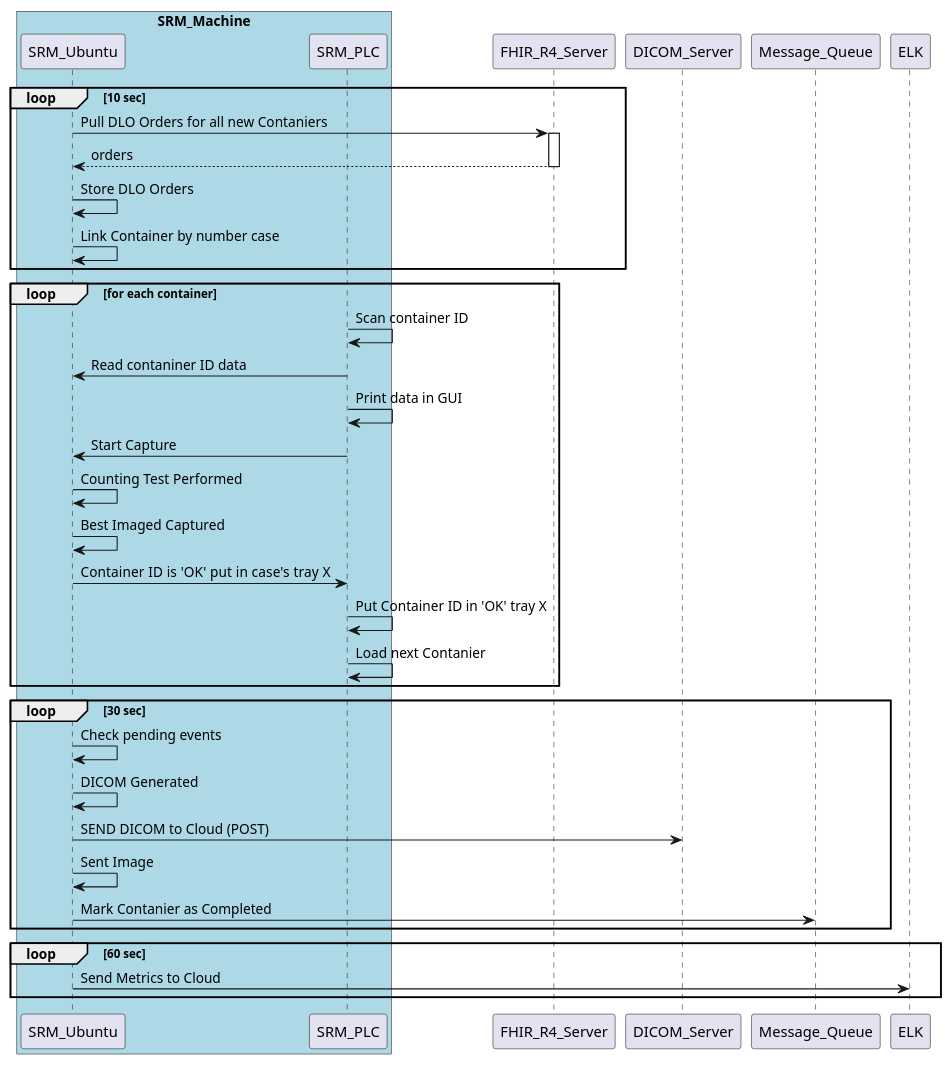
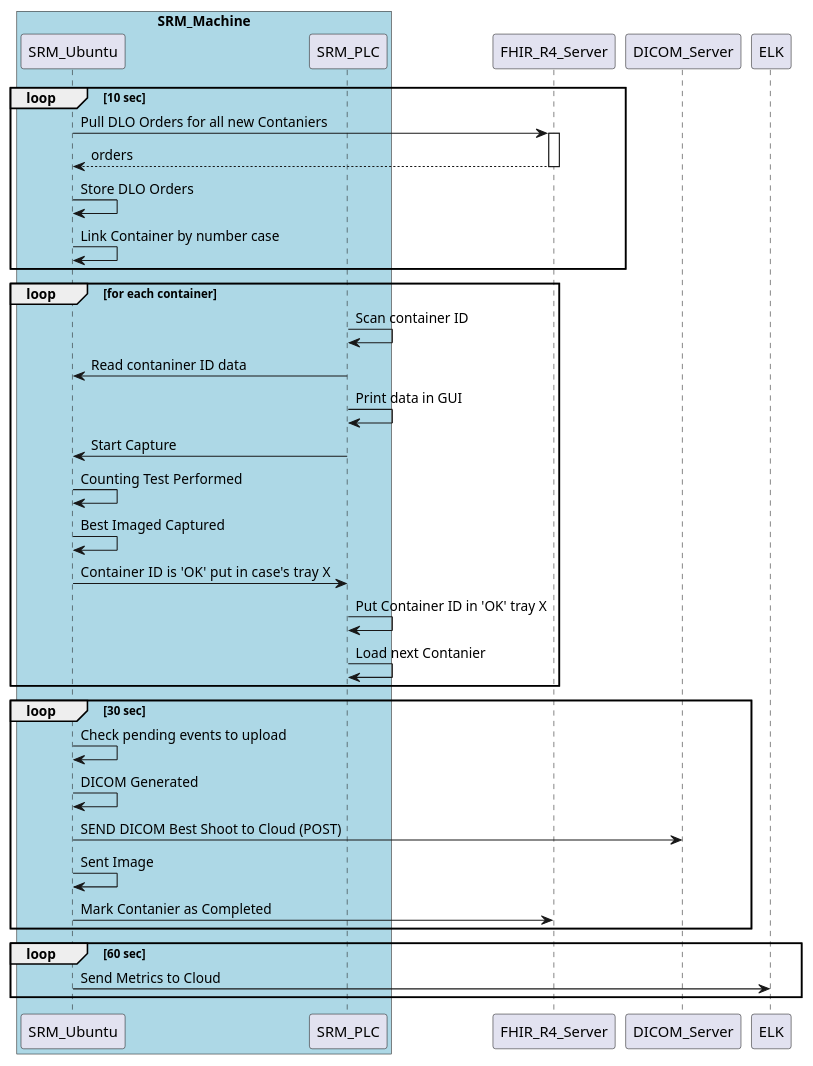
One commit to Qojgjg/playing-java-quarkus-mono changed the diagram in hapi-fhir/src/plantuml/SRM.puml. Above: the diagram before and after it, drawn with PlantUML. The commit also changed 4 other files, not shown here.

```diff
--- a/hapi-fhir/src/plantuml/SRM.puml
+++ b/hapi-fhir/src/plantuml/SRM.puml
@@ -1,35 +1,35 @@
 @startuml Test Diagram
 
 box "SRM_Machine" #LightBlue
 participant SRM_Ubuntu
 participant SRM_PLC
 end box
 
 loop 10 sec
     SRM_Ubuntu->FHIR_R4_Server ++: Pull DLO Orders for all new Contaniers
     return orders
     SRM_Ubuntu->SRM_Ubuntu: Store DLO Orders
     SRM_Ubuntu->SRM_Ubuntu: Link Container by number case
 end
 loop for each container 
 SRM_PLC->SRM_PLC: Scan container ID
 SRM_PLC->SRM_Ubuntu: Read contaniner ID data
 SRM_PLC->SRM_PLC: Print data in GUI
 SRM_PLC->SRM_Ubuntu: Start Capture
 SRM_Ubuntu->SRM_Ubuntu: Counting Test Performed
 SRM_Ubuntu->SRM_Ubuntu: Best Imaged Captured
 SRM_Ubuntu->SRM_PLC: Container ID is 'OK'  put in case's tray X
 SRM_PLC->SRM_PLC :Put Container ID in 'OK' tray X 
 SRM_PLC->SRM_PLC: Load next Contanier
 end
 loop 30 sec
-    SRM_Ubuntu->SRM_Ubuntu: Check pending events  
+    SRM_Ubuntu->SRM_Ubuntu: Check pending events to upload 
     SRM_Ubuntu->SRM_Ubuntu: DICOM Generated
-    SRM_Ubuntu->DICOM_Server: SEND DICOM to Cloud (POST)
+    SRM_Ubuntu->DICOM_Server: SEND DICOM Best Shoot to Cloud (POST)
     SRM_Ubuntu->SRM_Ubuntu: Sent Image
-    SRM_Ubuntu->Message_Queue: Mark Contanier as Completed
+    SRM_Ubuntu->FHIR_R4_Server: Mark Contanier as Completed
 end 
 loop 60 sec
     SRM_Ubuntu->ELK: Send Metrics to Cloud
 end 
 @enduml
```
